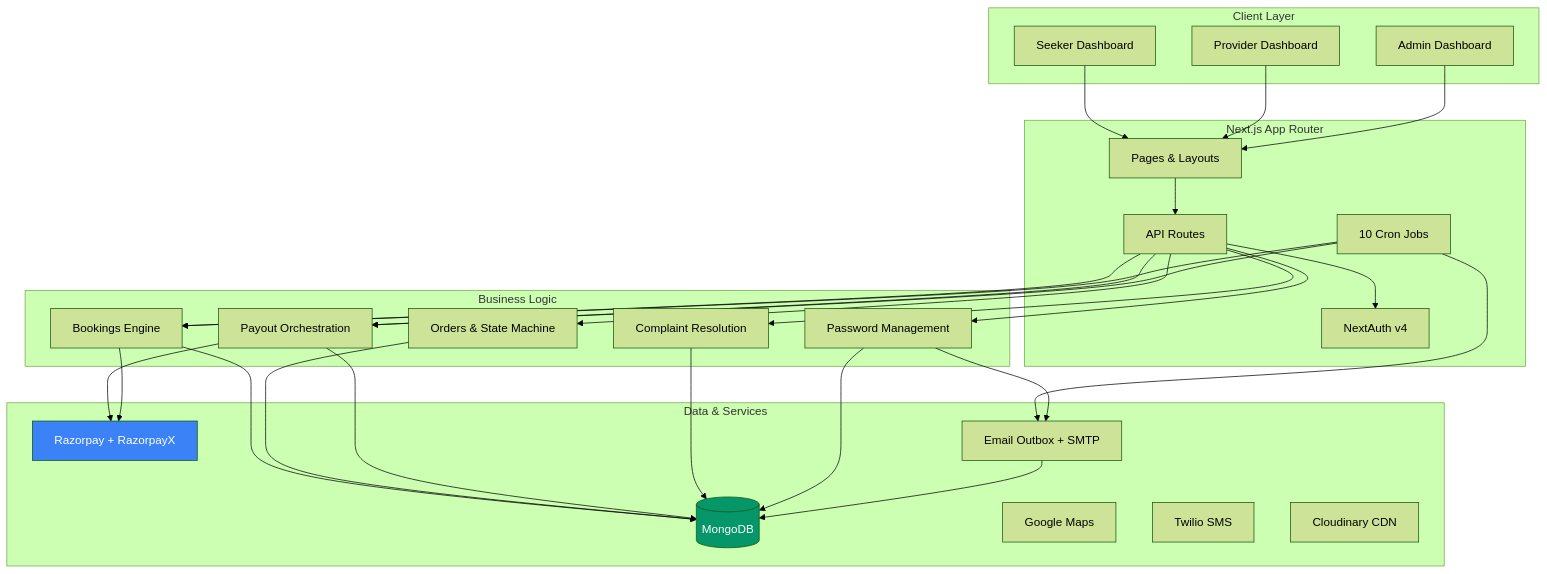
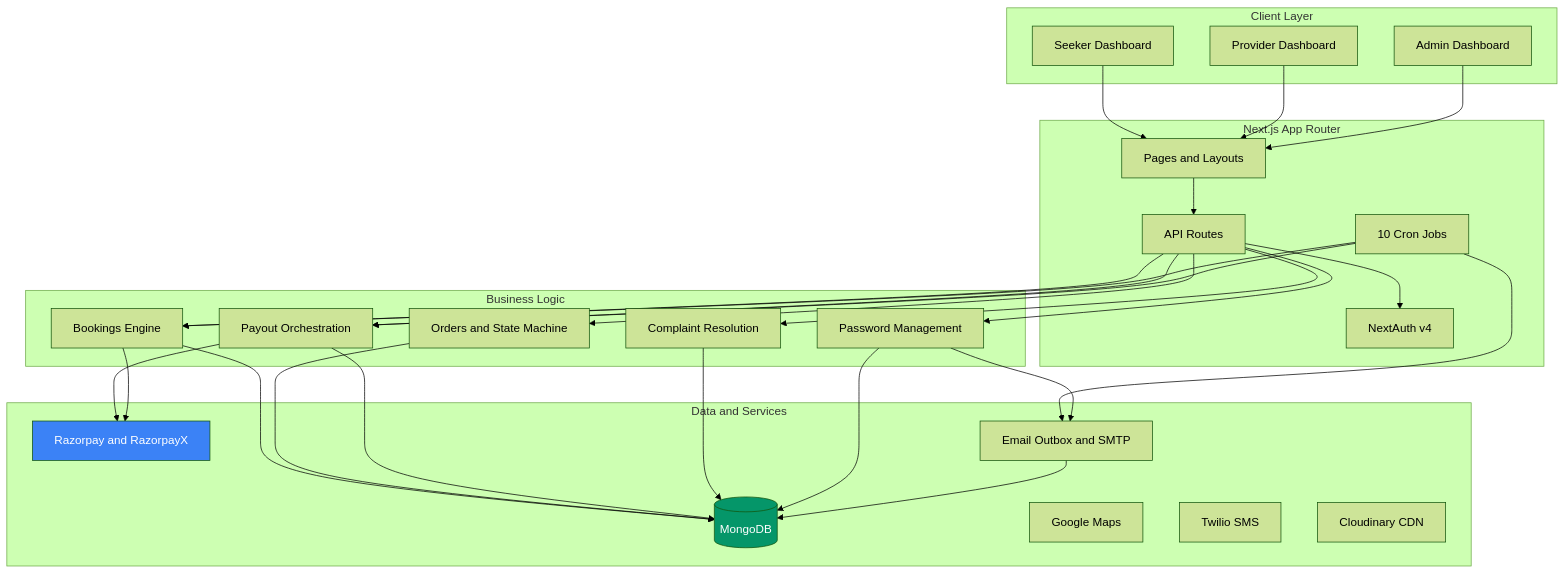
Before and after one commit to ashfakhm/laundry-ease: the ninth of 13 diagrams in docs/CODEBASE_UNDERSTANDING.md, drawn with Mermaid (forest theme).

Commit message:
modified diagrams in codebase_understanding

````diff
--- a/docs/CODEBASE_UNDERSTANDING.md
+++ b/docs/CODEBASE_UNDERSTANDING.md
@@ -1395,58 +1395,58 @@
 ```mermaid
 graph TB
-    subgraph "Client Layer"
+    subgraph ClientLayer[Client Layer]
         S[Seeker Dashboard]
         P[Provider Dashboard]
         A[Admin Dashboard]
     end
 
-    subgraph "Next.js App Router"
-        Pages[Pages & Layouts]
+    subgraph AppRouter[Next.js App Router]
+        Pages[Pages and Layouts]
         API[API Routes]
         Auth[NextAuth v4]
         Cron[10 Cron Jobs]
     end
 
-    subgraph "Business Logic"
+    subgraph BusinessLogic[Business Logic]
         BK[Bookings Engine]
-        OR[Orders & State Machine]
+        OR[Orders and State Machine]
         PY[Payout Orchestration]
         CR[Complaint Resolution]
         PW[Password Management]
     end
 
-    subgraph "Data & Services"
+    subgraph DataServices[Data and Services]
         DB[(MongoDB)]
-        RZ[Razorpay + RazorpayX]
-        EM[Email Outbox + SMTP]
+        RZ[Razorpay and RazorpayX]
+        EM[Email Outbox and SMTP]
         GM[Google Maps]
         TW[Twilio SMS]
         CL[Cloudinary CDN]
     end
 
     S --> Pages
     P --> Pages
     A --> Pages
     Pages --> API
     API --> Auth
     API --> BK
     API --> OR
     API --> PY
     API --> CR
     API --> PW
     Cron --> BK
     Cron --> PY
     Cron --> EM
     BK --> DB
     OR --> DB
     PY --> RZ
     PY --> DB
     CR --> DB
     PW --> DB
     PW --> EM
     EM --> DB
     BK --> RZ
 
     style DB fill:#059669,color:#fff
     style RZ fill:#3b82f6,color:#fff
 ```
````
